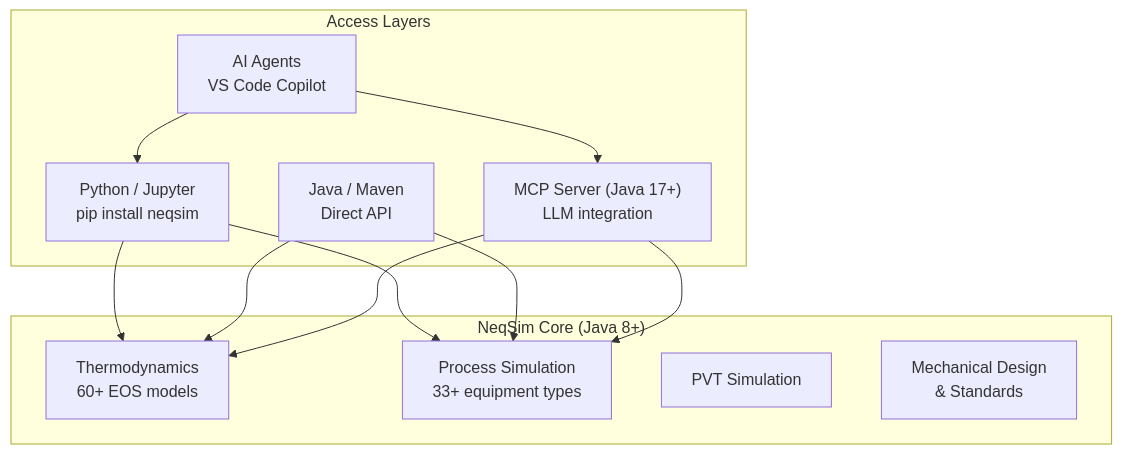
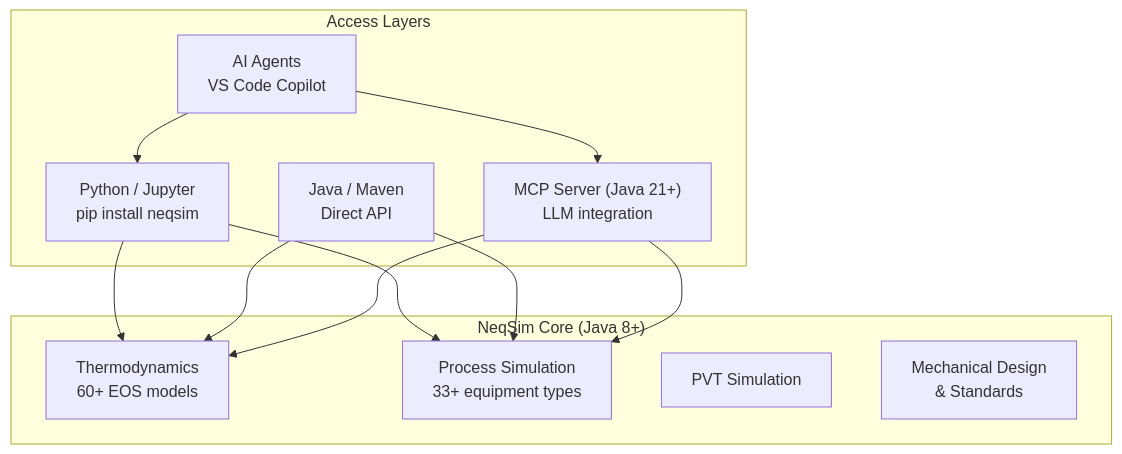
Before and after one commit to equinor/neqsim: the diagram in README.md, drawn with Mermaid. The commit also changed other lines of this file and 15 other files, not shown here.

````diff
--- a/README.md
+++ b/README.md
@@ -386,25 +366,25 @@
 ```mermaid
 graph TB
     subgraph core["NeqSim Core (Java 8+)"]
         THERMO["Thermodynamics<br/>60+ EOS models"]
         PROCESS["Process Simulation<br/>33+ equipment types"]
         PVT["PVT Simulation"]
         MECH["Mechanical Design<br/>& Standards"]
     end
 
     subgraph access["Access Layers"]
         PYTHON["Python / Jupyter<br/>pip install neqsim"]
         JAVA["Java / Maven<br/>Direct API"]
-        MCP["MCP Server (Java 17+)<br/>LLM integration"]
+        MCP["MCP Server (Java 21+)<br/>LLM integration"]
         AGENTS["AI Agents<br/>VS Code Copilot"]
     end
 
     PYTHON --> THERMO
     PYTHON --> PROCESS
     JAVA --> THERMO
     JAVA --> PROCESS
     MCP --> THERMO
     MCP --> PROCESS
     AGENTS --> MCP
     AGENTS --> PYTHON
 ```
````
